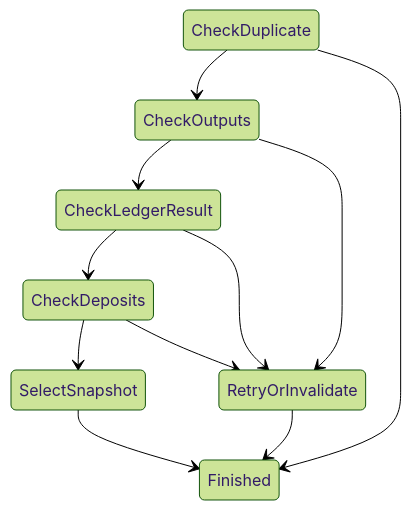
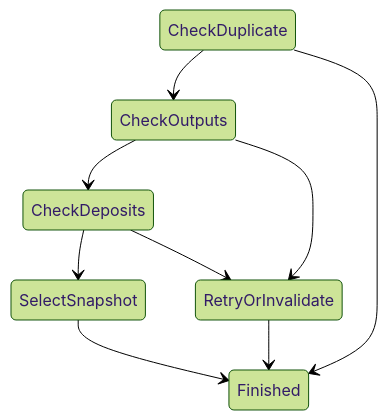
The sixth of 60 diagrams in docs/head-logic-diagrams.md (cardano-scaling/hydra), drawn with Mermaid (forest theme) before and after one commit. The commit also changed other lines of this file and 48 other files, not shown here.

````diff
--- a/docs/head-logic-diagrams.md
+++ b/docs/head-logic-diagrams.md
@@ -212,21 +212,18 @@
 ```mermaid
 stateDiagram-v2
 
 CheckDuplicate
 CheckOutputs
-CheckLedgerResult
 CheckDeposits
 SelectSnapshot
 RetryOrInvalidate
 Finished
 CheckDuplicate --> CheckOutputs
 CheckDuplicate --> Finished
-CheckOutputs --> CheckLedgerResult
+CheckOutputs --> CheckDeposits
 CheckOutputs --> RetryOrInvalidate
-CheckLedgerResult --> CheckDeposits
-CheckLedgerResult --> RetryOrInvalidate
 CheckDeposits --> SelectSnapshot
 CheckDeposits --> RetryOrInvalidate
 SelectSnapshot --> Finished
 RetryOrInvalidate --> Finished
 ```
````
